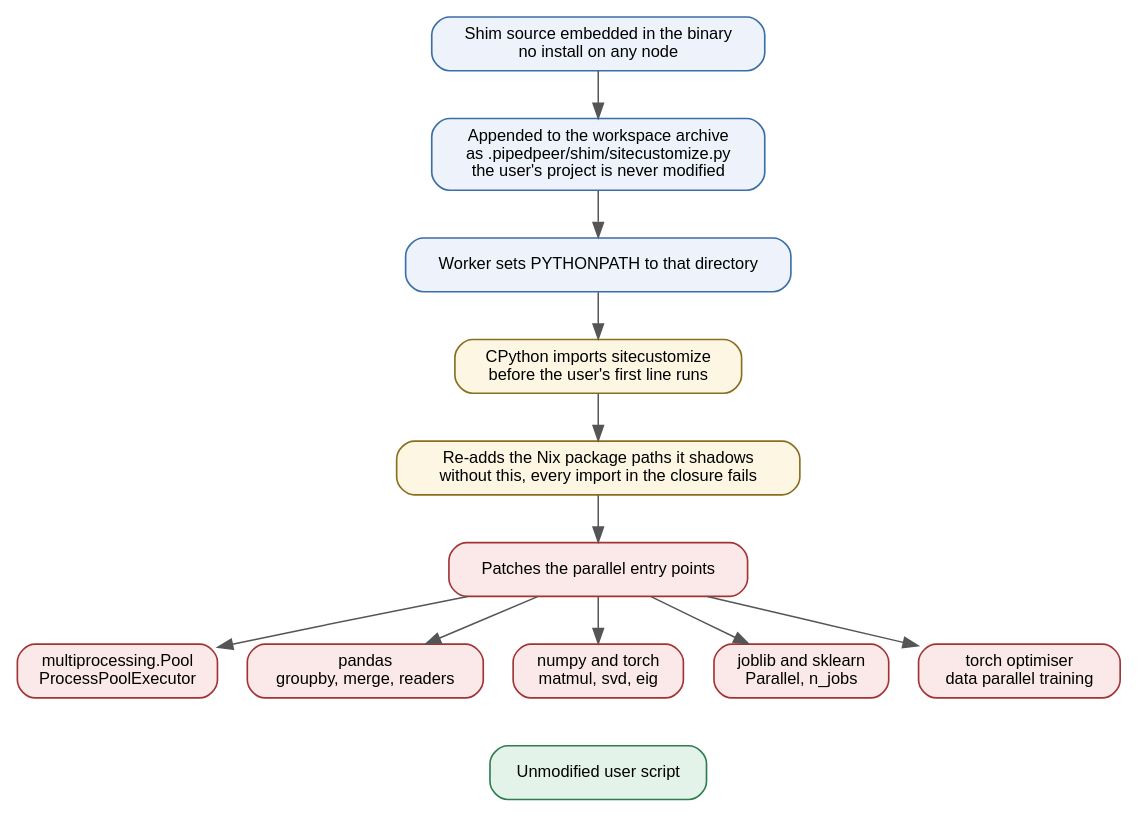
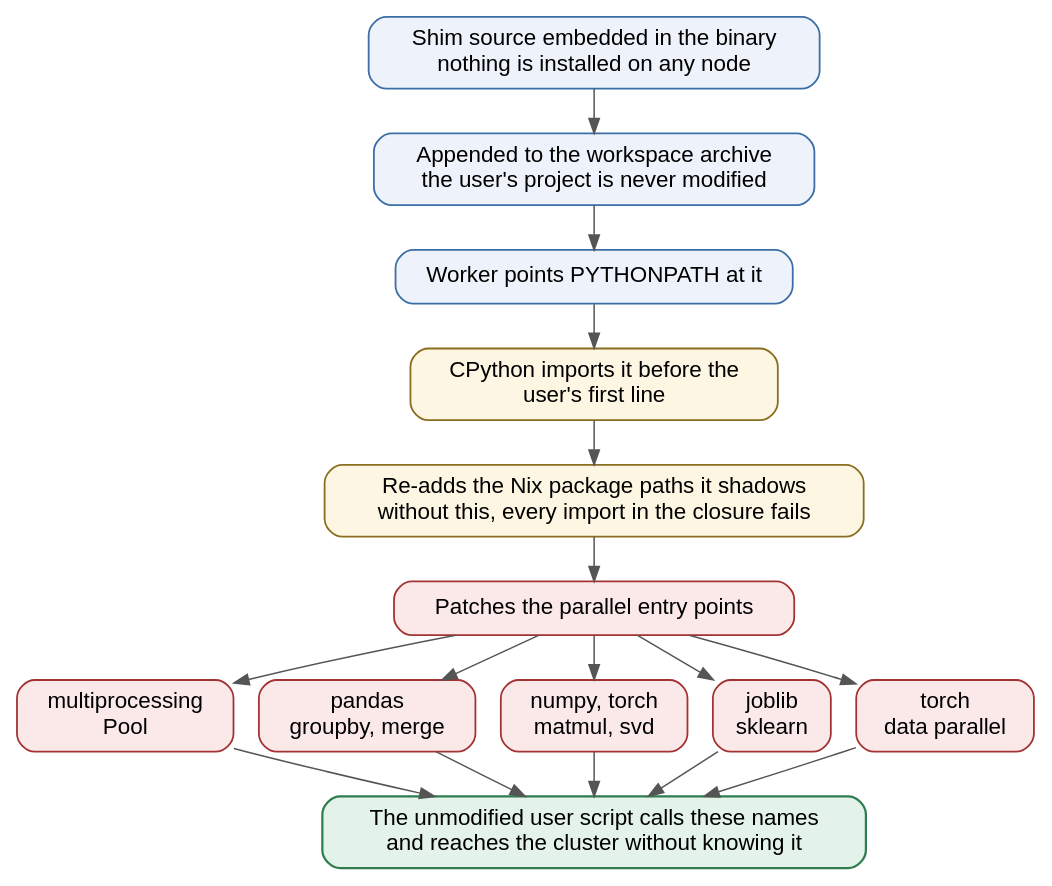
The diagram in docs/diagrams/src/fig_4.6_shim_injection.dot (vinayakyadav2709/Pipedpeer), drawn with Graphviz before and after one commit. The commit also changed 34 other files, not shown here.

```diff
--- a/docs/diagrams/src/fig_4.6_shim_injection.dot
+++ b/docs/diagrams/src/fig_4.6_shim_injection.dot
@@ -1,28 +1,29 @@
 // Figure 4.6 - How the interception shim reaches the interpreter.
 digraph ShimInject {
-  rankdir=TB; bgcolor="white"; nodesep=0.28; ranksep=0.45;
-  node [fontname="Helvetica", fontsize=11, shape=box, style="rounded,filled",
-        fillcolor="#eef3fb", color="#3b6ea5", penwidth=1.1, margin="0.14,0.08"];
-  edge [fontname="Helvetica", fontsize=10, color="#555555"];
+  rankdir=TB; bgcolor="white"; nodesep=0.24; ranksep=0.42;
+  node [fontname="Helvetica", fontsize=15, shape=box, style="rounded,filled",
+        fillcolor="#eef3fb", color="#3b6ea5", penwidth=1.2, margin="0.16,0.10"];
+  edge [fontname="Helvetica", fontsize=13, color="#555555"];
 
-  emb  [label="Shim source embedded in the binary\nno install on any node"];
-  tar  [label="Appended to the workspace archive\nas .pipedpeer/shim/sitecustomize.py\nthe user's project is never modified"];
-  env  [label="Worker sets PYTHONPATH to that directory"];
-  imp  [label="CPython imports sitecustomize\nbefore the user's first line runs", fillcolor="#fdf6e3", color="#8a6d1f"];
+  emb  [label="Shim source embedded in the binary\nnothing is installed on any node"];
+  tar  [label="Appended to the workspace archive\nthe user's project is never modified"];
+  env  [label="Worker points PYTHONPATH at it"];
+  imp  [label="CPython imports it before the\nuser's first line", fillcolor="#fdf6e3", color="#8a6d1f"];
   nixp [label="Re-adds the Nix package paths it shadows\nwithout this, every import in the closure fails",
         fillcolor="#fdf6e3", color="#8a6d1f"];
   patch[label="Patches the parallel entry points", fillcolor="#fbe9e9", color="#a33333"];
 
-  p1 [label="multiprocessing.Pool\nProcessPoolExecutor", fillcolor="#fbe9e9", color="#a33333"];
-  p2 [label="pandas\ngroupby, merge, readers", fillcolor="#fbe9e9", color="#a33333"];
-  p3 [label="numpy and torch\nmatmul, svd, eig", fillcolor="#fbe9e9", color="#a33333"];
-  p4 [label="joblib and sklearn\nParallel, n_jobs", fillcolor="#fbe9e9", color="#a33333"];
-  p5 [label="torch optimiser\ndata parallel training", fillcolor="#fbe9e9", color="#a33333"];
+  p1 [label="multiprocessing\nPool", fillcolor="#fbe9e9", color="#a33333"];
+  p2 [label="pandas\ngroupby, merge", fillcolor="#fbe9e9", color="#a33333"];
+  p3 [label="numpy, torch\nmatmul, svd", fillcolor="#fbe9e9", color="#a33333"];
+  p4 [label="joblib\nsklearn", fillcolor="#fbe9e9", color="#a33333"];
+  p5 [label="torch\ndata parallel", fillcolor="#fbe9e9", color="#a33333"];
 
-  user [label="Unmodified user script", fillcolor="#e3f3e9", color="#2f7d4f"];
+  user [label="The unmodified user script calls these names\nand reaches the cluster without knowing it",
+        fillcolor="#e3f3e9", color="#2f7d4f", penwidth=1.5];
 
   emb -> tar -> env -> imp -> nixp -> patch;
   patch -> p1; patch -> p2; patch -> p3; patch -> p4; patch -> p5;
-  p1 -> user [style=invis]; p3 -> user [style=invis]; p5 -> user [style=invis];
+  p1 -> user; p2 -> user; p3 -> user; p4 -> user; p5 -> user;
   { rank=same; p1; p2; p3; p4; p5; }
 }
```
